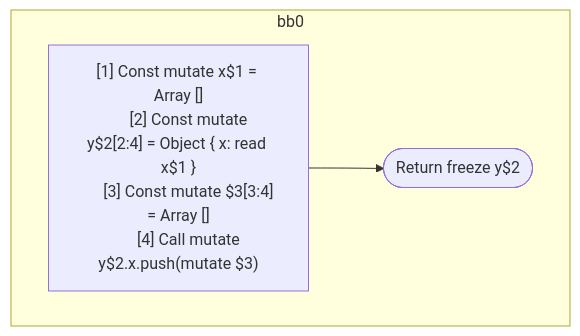
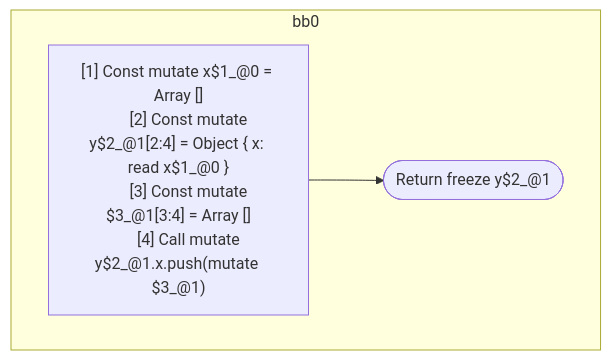
One commit to wutsmog/private changed the diagram in compiler/forget/src/__tests__/fixtures/hir/ssa-property-call.expect.md. Above: the diagram before and after it, drawn with Mermaid. The commit also changed other lines of this file and 60 other files, not shown here.

````diff
--- a/compiler/forget/src/__tests__/fixtures/hir/ssa-property-call.expect.md
+++ b/compiler/forget/src/__tests__/fixtures/hir/ssa-property-call.expect.md
@@ -27,16 +27,16 @@
 ```mermaid
 flowchart TB
   %% Basic Blocks
   subgraph bb0
     bb0_instrs["
-      [1] Const mutate x$1 = Array []
-      [2] Const mutate y$2[2:4] = Object { x: read x$1 }
-      [3] Const mutate $3[3:4] = Array []
-      [4] Call mutate y$2.x.push(mutate $3)
+      [1] Const mutate x$1_@0 = Array []
+      [2] Const mutate y$2_@1[2:4] = Object { x: read x$1_@0 }
+      [3] Const mutate $3_@1[3:4] = Array []
+      [4] Call mutate y$2_@1.x.push(mutate $3_@1)
     "]
-    bb0_instrs --> bb0_terminal(["Return freeze y$2"])
+    bb0_instrs --> bb0_terminal(["Return freeze y$2_@1"])
   end
 
   %% Jumps
   %% empty
 ```
````
